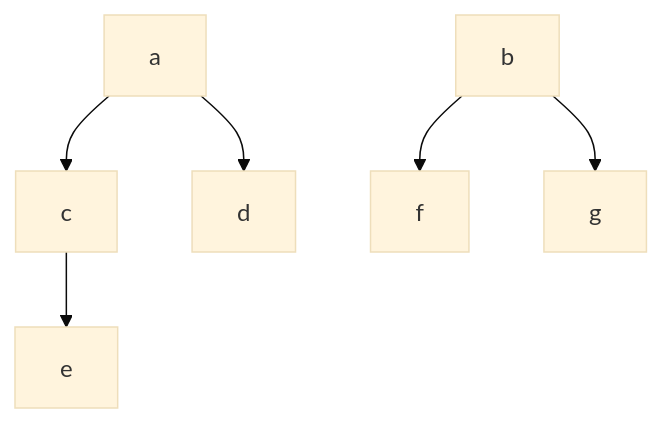
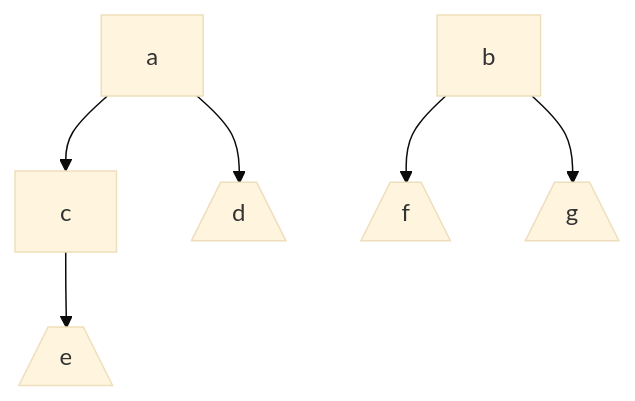
One commit to caente/mismatch changed the first of 4 diagrams in docs/diffs.md. Above: the diagram before and after it, drawn with Mermaid (base theme). The commit also changed other lines of this file and 2 other files, not shown here.

````diff
--- a/docs/diffs.md
+++ b/docs/diffs.md
@@ -42,7 +56,7 @@
 ```mermaid
 graph TB
-a --> c --> e
-a --> d
-b --> f
-b --> g    
+a --> c --> e[/e\]
+a --> d[/d\]
+b --> f[/f\]
+b --> g[/g\]
 ```
````
